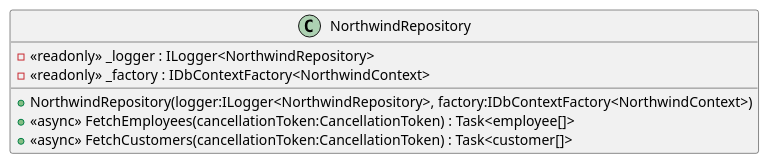
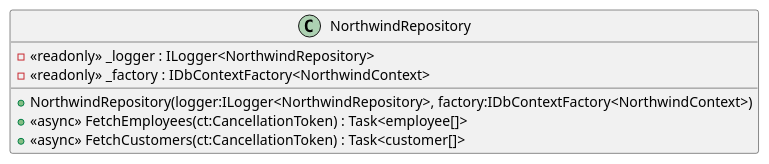
One commit to domoar/Northwind-Api changed the diagram in __extras__/docu/plantuml/NorthwindRepository.puml. Above: the diagram before and after it, drawn with PlantUML. The commit also changed 38 other files, not shown here.

```diff
--- a/__extras__/docu/plantuml/NorthwindRepository.puml
+++ b/__extras__/docu/plantuml/NorthwindRepository.puml
@@ -1,9 +1,9 @@
 @startuml
 class NorthwindRepository {
     - <<readonly>> _logger : ILogger<NorthwindRepository>
     - <<readonly>> _factory : IDbContextFactory<NorthwindContext>
     + NorthwindRepository(logger:ILogger<NorthwindRepository>, factory:IDbContextFactory<NorthwindContext>)
-    + <<async>> FetchEmployees(cancellationToken:CancellationToken) : Task<employee[]>
-    + <<async>> FetchCustomers(cancellationToken:CancellationToken) : Task<customer[]>
+    + <<async>> FetchEmployees(ct:CancellationToken) : Task<employee[]>
+    + <<async>> FetchCustomers(ct:CancellationToken) : Task<customer[]>
 }
 @enduml
```
